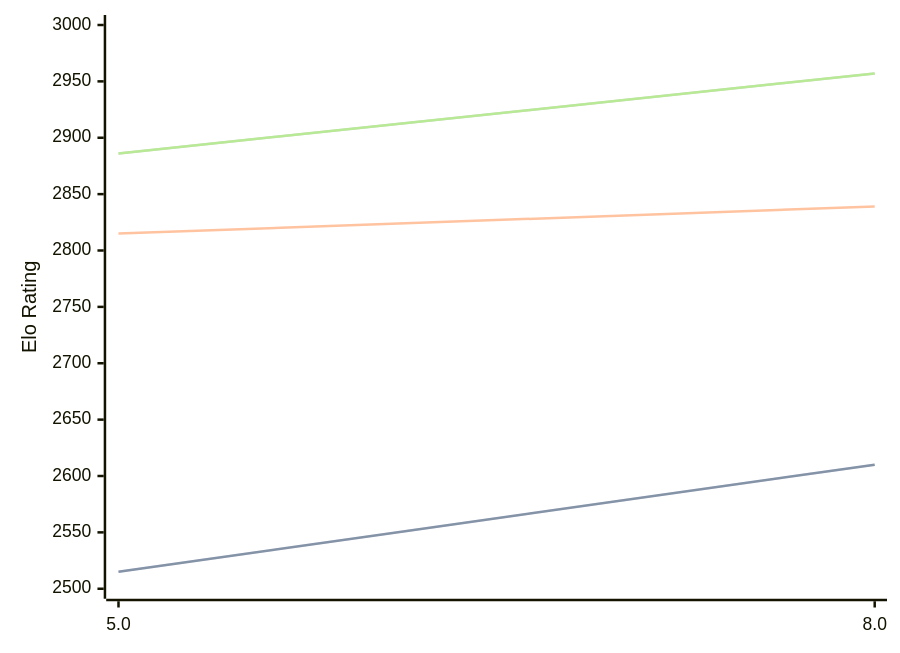
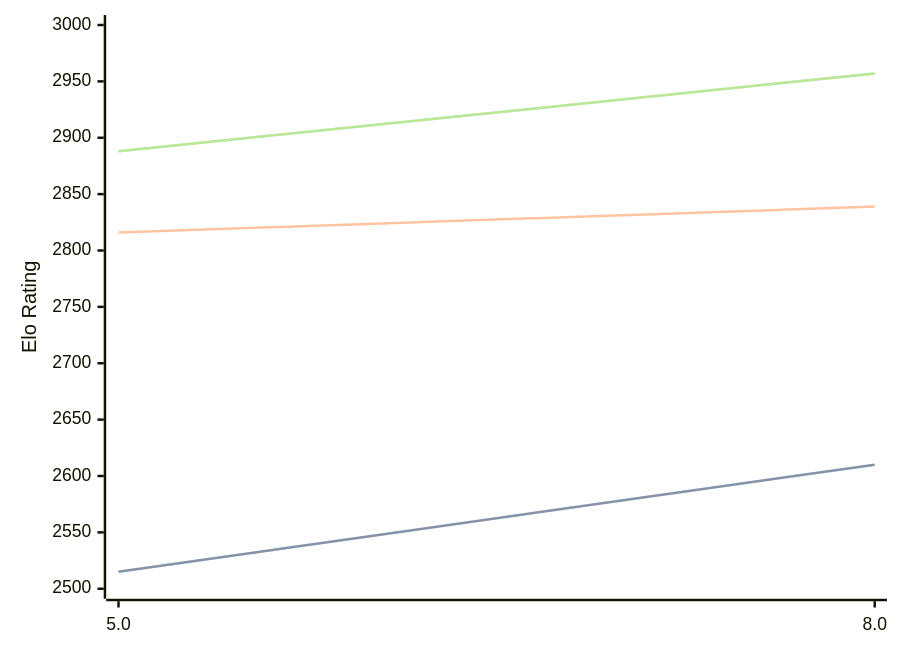
One commit to computer-chess-index/cci changed the diagram in engines/4kc.md. Above: the diagram before and after it, drawn with Mermaid. The commit also changed other lines of this file, not shown here.

Commit message:
Update CCI Ratings (ELO VLTC) - 2026-03-28

````diff
--- a/engines/4kc.md
+++ b/engines/4kc.md
@@ -41,11 +41,11 @@
 ```mermaid
 %%{init: {"theme":"base","themeVariables":{"seriesColors:['#a3a3a3','#222221','#faa371']}}}%%
 xychart-beta
   x-axis ["5.0", "8.0"]
   y-axis "Elo Rating" 2500 --> 3000
   line "STC (8.0+0.08s)" [2515, 2610]
   line "STC (8.0+0.08s)" [2515, 2610]
-  line "LTC (60.0+0.60s)" [2815, 2839]
-  line "VLTC (2m24s+1.12s)" [2886, 2957]
-  line "VLTC (2m24s+1.12s)" [2886, 2957]
+  line "LTC (60.0+0.60s)" [2816, 2839]
+  line "VLTC (2m24s+1.12s)" [2888, 2957]
+  line "VLTC (2m24s+1.12s)" [2888, 2957]
 ```
````
